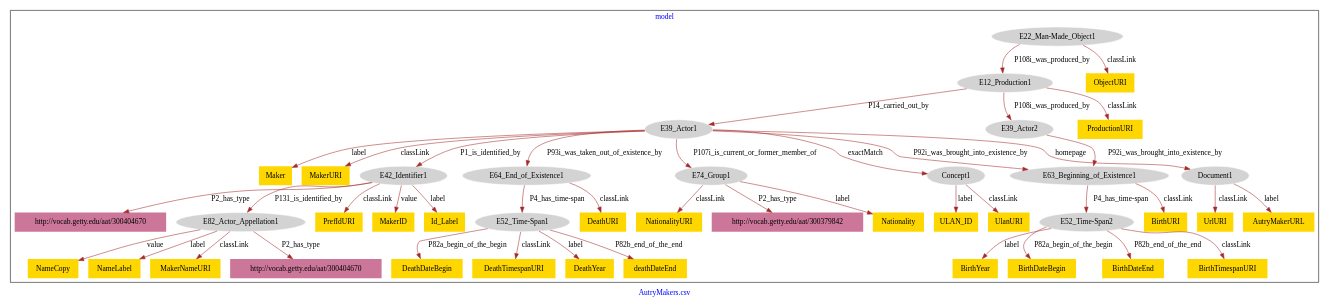
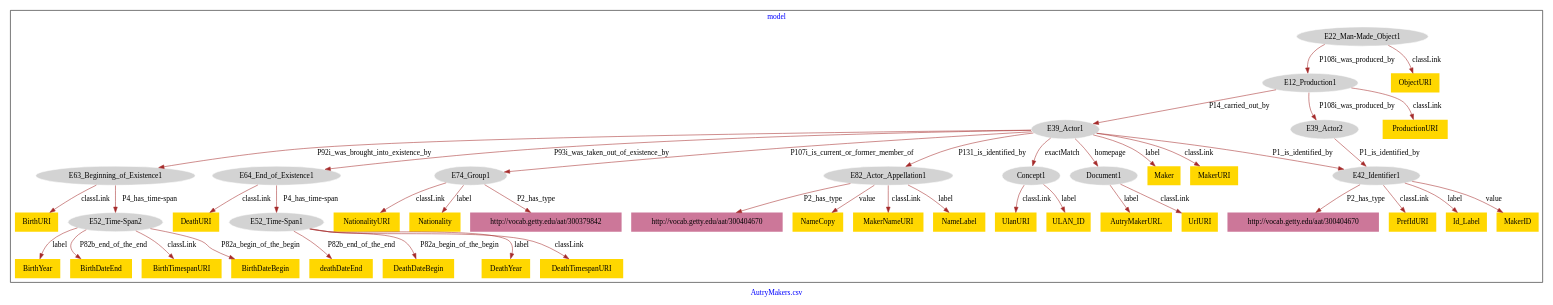
The diagram in AutryMakers/AutryMakers-model.dot (american-art/autry), drawn with Graphviz before and after one commit.

Commit message:
Update file AutryMakers-model.dot

```diff
--- a/AutryMakers/AutryMakers-model.dot
+++ b/AutryMakers/AutryMakers-model.dot
@@ -1,92 +1,92 @@
 digraph n0 {
 fontcolor="blue"
 remincross="true"
 label="AutryMakers.csv"
 subgraph cluster {
 label="model"
 n2[style="filled",color="white",fillcolor="lightgray",label="E12_Production1"];
 n3[style="filled",color="white",fillcolor="lightgray",label="E39_Actor1"];
 n4[style="filled",color="white",fillcolor="lightgray",label="E39_Actor2"];
 n5[style="filled",color="white",fillcolor="lightgray",label="E22_Man-Made_Object1"];
 n6[style="filled",color="white",fillcolor="lightgray",label="E42_Identifier1"];
-n7[style="filled",color="white",fillcolor="lightgray",label="E64_End_of_Existence1"];
-n8[style="filled",color="white",fillcolor="lightgray",label="E74_Group1"];
-n9[style="filled",color="white",fillcolor="lightgray",label="Concept1"];
-n10[style="filled",color="white",fillcolor="lightgray",label="Document1"];
-n11[style="filled",color="white",fillcolor="lightgray",label="E63_Beginning_of_Existence1"];
-n12[style="filled",color="white",fillcolor="lightgray",label="E82_Actor_Appellation1"];
+n7[style="filled",color="white",fillcolor="lightgray",label="E63_Beginning_of_Existence1"];
+n8[style="filled",color="white",fillcolor="lightgray",label="E64_End_of_Existence1"];
+n9[style="filled",color="white",fillcolor="lightgray",label="E74_Group1"];
+n10[style="filled",color="white",fillcolor="lightgray",label="E82_Actor_Appellation1"];
+n11[style="filled",color="white",fillcolor="lightgray",label="Concept1"];
+n12[style="filled",color="white",fillcolor="lightgray",label="Document1"];
 n13[style="filled",color="white",fillcolor="lightgray",label="E52_Time-Span2"];
 n14[style="filled",color="white",fillcolor="lightgray",label="E52_Time-Span1"];
-n15[shape="plaintext",style="filled",fillcolor="gold",label="BirthYear"];
-n16[shape="plaintext",style="filled",fillcolor="gold",label="NameCopy"];
-n17[shape="plaintext",style="filled",fillcolor="gold",label="BirthDateBegin"];
-n18[shape="plaintext",style="filled",fillcolor="gold",label="BirthDateEnd"];
-n19[shape="plaintext",style="filled",fillcolor="gold",label="UrlURI"];
-n20[shape="plaintext",style="filled",fillcolor="gold",label="PrefIdURI"];
-n21[shape="plaintext",style="filled",fillcolor="gold",label="MakerID"];
-n22[shape="plaintext",style="filled",fillcolor="gold",label="Id_Label"];
-n23[shape="plaintext",style="filled",fillcolor="gold",label="AutryMakerURL"];
-n24[shape="plaintext",style="filled",fillcolor="gold",label="ULAN_ID"];
-n25[shape="plaintext",style="filled",fillcolor="gold",label="Nationality"];
-n26[shape="plaintext",style="filled",fillcolor="gold",label="Maker"];
-n27[shape="plaintext",style="filled",fillcolor="gold",label="NameLabel"];
-n28[shape="plaintext",style="filled",fillcolor="gold",label="NationalityURI"];
-n29[shape="plaintext",style="filled",fillcolor="gold",label="DeathDateBegin"];
-n30[shape="plaintext",style="filled",fillcolor="gold",label="DeathTimespanURI"];
-n31[shape="plaintext",style="filled",fillcolor="gold",label="MakerNameURI"];
-n32[shape="plaintext",style="filled",fillcolor="gold",label="DeathYear"];
-n33[shape="plaintext",style="filled",fillcolor="gold",label="MakerURI"];
-n34[shape="plaintext",style="filled",fillcolor="gold",label="DeathURI"];
-n35[shape="plaintext",style="filled",fillcolor="gold",label="ProductionURI"];
-n36[shape="plaintext",style="filled",fillcolor="gold",label="BirthURI"];
-n37[shape="plaintext",style="filled",fillcolor="gold",label="BirthTimespanURI"];
-n38[shape="plaintext",style="filled",fillcolor="gold",label="deathDateEnd"];
-n39[shape="plaintext",style="filled",fillcolor="gold",label="UlanURI"];
-n40[shape="plaintext",style="filled",fillcolor="gold",label="ObjectURI"];
+n15[shape="plaintext",style="filled",fillcolor="gold",label="deathDateEnd"];
+n16[shape="plaintext",style="filled",fillcolor="gold",label="DeathDateBegin"];
+n17[shape="plaintext",style="filled",fillcolor="gold",label="BirthYear"];
+n18[shape="plaintext",style="filled",fillcolor="gold",label="PrefIdURI"];
+n19[shape="plaintext",style="filled",fillcolor="gold",label="NameCopy"];
+n20[shape="plaintext",style="filled",fillcolor="gold",label="MakerNameURI"];
+n21[shape="plaintext",style="filled",fillcolor="gold",label="BirthDateEnd"];
+n22[shape="plaintext",style="filled",fillcolor="gold",label="ObjectURI"];
+n23[shape="plaintext",style="filled",fillcolor="gold",label="Maker"];
+n24[shape="plaintext",style="filled",fillcolor="gold",label="ProductionURI"];
+n25[shape="plaintext",style="filled",fillcolor="gold",label="Id_Label"];
+n26[shape="plaintext",style="filled",fillcolor="gold",label="NationalityURI"];
+n27[shape="plaintext",style="filled",fillcolor="gold",label="BirthTimespanURI"];
+n28[shape="plaintext",style="filled",fillcolor="gold",label="DeathYear"];
+n29[shape="plaintext",style="filled",fillcolor="gold",label="DeathTimespanURI"];
+n30[shape="plaintext",style="filled",fillcolor="gold",label="UrlURI"];
+n31[shape="plaintext",style="filled",fillcolor="gold",label="Nationality"];
+n32[shape="plaintext",style="filled",fillcolor="gold",label="BirthDateBegin"];
+n33[shape="plaintext",style="filled",fillcolor="gold",label="ULAN_ID"];
+n34[shape="plaintext",style="filled",fillcolor="gold",label="AutryMakerURL"];
+n35[shape="plaintext",style="filled",fillcolor="gold",label="MakerID"];
+n36[shape="plaintext",style="filled",fillcolor="gold",label="UlanURI"];
+n37[shape="plaintext",style="filled",fillcolor="gold",label="NameLabel"];
+n38[shape="plaintext",style="filled",fillcolor="gold",label="DeathURI"];
+n39[shape="plaintext",style="filled",fillcolor="gold",label="MakerURI"];
+n40[shape="plaintext",style="filled",fillcolor="gold",label="BirthURI"];
 n41[shape="plaintext",style="filled",fillcolor="#CC7799",label="http://vocab.getty.edu/aat/300404670"];
 n42[shape="plaintext",style="filled",fillcolor="#CC7799",label="http://vocab.getty.edu/aat/300379842"];
 n43[shape="plaintext",style="filled",fillcolor="#CC7799",label="http://vocab.getty.edu/aat/300404670"];
 }
 n2 -> n3[color="brown",fontcolor="black",label="P14_carried_out_by"]
 n2 -> n4[color="brown",fontcolor="black",label="P108i_was_produced_by"]
 n5 -> n2[color="brown",fontcolor="black",label="P108i_was_produced_by"]
 n3 -> n6[color="brown",fontcolor="black",label="P1_is_identified_by"]
-n3 -> n7[color="brown",fontcolor="black",label="P93i_was_taken_out_of_existence_by"]
-n3 -> n8[color="brown",fontcolor="black",label="P107i_is_current_or_former_member_of"]
-n3 -> n9[color="brown",fontcolor="black",label="exactMatch"]
-n3 -> n10[color="brown",fontcolor="black",label="homepage"]
-n4 -> n11[color="brown",fontcolor="black",label="P92i_was_brought_into_existence_by"]
-n6 -> n12[color="brown",fontcolor="black",label="P131_is_identified_by"]
-n11 -> n13[color="brown",fontcolor="black",label="P4_has_time-span"]
-n7 -> n14[color="brown",fontcolor="black",label="P4_has_time-span"]
-n13 -> n15[color="brown",fontcolor="black",label="label"]
-n12 -> n16[color="brown",fontcolor="black",label="value"]
-n13 -> n17[color="brown",fontcolor="black",label="P82a_begin_of_the_begin"]
-n13 -> n18[color="brown",fontcolor="black",label="P82b_end_of_the_end"]
-n10 -> n19[color="brown",fontcolor="black",label="classLink"]
-n6 -> n20[color="brown",fontcolor="black",label="classLink"]
-n6 -> n21[color="brown",fontcolor="black",label="value"]
-n6 -> n22[color="brown",fontcolor="black",label="label"]
-n10 -> n23[color="brown",fontcolor="black",label="label"]
-n9 -> n24[color="brown",fontcolor="black",label="label"]
-n8 -> n25[color="brown",fontcolor="black",label="label"]
-n3 -> n26[color="brown",fontcolor="black",label="label"]
-n12 -> n27[color="brown",fontcolor="black",label="label"]
-n8 -> n28[color="brown",fontcolor="black",label="classLink"]
-n14 -> n29[color="brown",fontcolor="black",label="P82a_begin_of_the_begin"]
-n14 -> n30[color="brown",fontcolor="black",label="classLink"]
-n12 -> n31[color="brown",fontcolor="black",label="classLink"]
-n14 -> n32[color="brown",fontcolor="black",label="label"]
-n3 -> n33[color="brown",fontcolor="black",label="classLink"]
-n7 -> n34[color="brown",fontcolor="black",label="classLink"]
-n2 -> n35[color="brown",fontcolor="black",label="classLink"]
+n3 -> n7[color="brown",fontcolor="black",label="P92i_was_brought_into_existence_by"]
+n3 -> n8[color="brown",fontcolor="black",label="P93i_was_taken_out_of_existence_by"]
+n3 -> n9[color="brown",fontcolor="black",label="P107i_is_current_or_former_member_of"]
+n3 -> n10[color="brown",fontcolor="black",label="P131_is_identified_by"]
+n3 -> n11[color="brown",fontcolor="black",label="exactMatch"]
+n3 -> n12[color="brown",fontcolor="black",label="homepage"]
+n7 -> n13[color="brown",fontcolor="black",label="P4_has_time-span"]
+n8 -> n14[color="brown",fontcolor="black",label="P4_has_time-span"]
+n14 -> n15[color="brown",fontcolor="black",label="P82b_end_of_the_end"]
+n14 -> n16[color="brown",fontcolor="black",label="P82a_begin_of_the_begin"]
+n13 -> n17[color="brown",fontcolor="black",label="label"]
+n6 -> n18[color="brown",fontcolor="black",label="classLink"]
+n10 -> n19[color="brown",fontcolor="black",label="value"]
+n10 -> n20[color="brown",fontcolor="black",label="classLink"]
+n13 -> n21[color="brown",fontcolor="black",label="P82b_end_of_the_end"]
+n5 -> n22[color="brown",fontcolor="black",label="classLink"]
+n3 -> n23[color="brown",fontcolor="black",label="label"]
+n2 -> n24[color="brown",fontcolor="black",label="classLink"]
+n6 -> n25[color="brown",fontcolor="black",label="label"]
+n9 -> n26[color="brown",fontcolor="black",label="classLink"]
+n13 -> n27[color="brown",fontcolor="black",label="classLink"]
+n14 -> n28[color="brown",fontcolor="black",label="label"]
+n14 -> n29[color="brown",fontcolor="black",label="classLink"]
+n12 -> n30[color="brown",fontcolor="black",label="classLink"]
+n9 -> n31[color="brown",fontcolor="black",label="label"]
+n13 -> n32[color="brown",fontcolor="black",label="P82a_begin_of_the_begin"]
+n11 -> n33[color="brown",fontcolor="black",label="label"]
+n12 -> n34[color="brown",fontcolor="black",label="label"]
+n6 -> n35[color="brown",fontcolor="black",label="value"]
 n11 -> n36[color="brown",fontcolor="black",label="classLink"]
-n13 -> n37[color="brown",fontcolor="black",label="classLink"]
-n14 -> n38[color="brown",fontcolor="black",label="P82b_end_of_the_end"]
-n9 -> n39[color="brown",fontcolor="black",label="classLink"]
-n5 -> n40[color="brown",fontcolor="black",label="classLink"]
+n10 -> n37[color="brown",fontcolor="black",label="label"]
+n8 -> n38[color="brown",fontcolor="black",label="classLink"]
+n3 -> n39[color="brown",fontcolor="black",label="classLink"]
+n7 -> n40[color="brown",fontcolor="black",label="classLink"]
+n4 -> n6[color="brown",fontcolor="black",label="P1_is_identified_by"]
 n6 -> n41[color="brown",fontcolor="black",label="P2_has_type"]
-n8 -> n42[color="brown",fontcolor="black",label="P2_has_type"]
-n12 -> n43[color="brown",fontcolor="black",label="P2_has_type"]
-n3 -> n11[color="brown",fontcolor="black",label="P92i_was_brought_into_existence_by"]
+n9 -> n42[color="brown",fontcolor="black",label="P2_has_type"]
+n10 -> n43[color="brown",fontcolor="black",label="P2_has_type"]
 }
```
